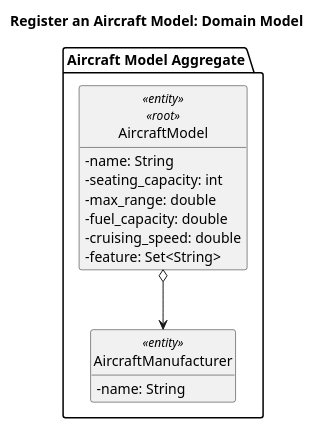
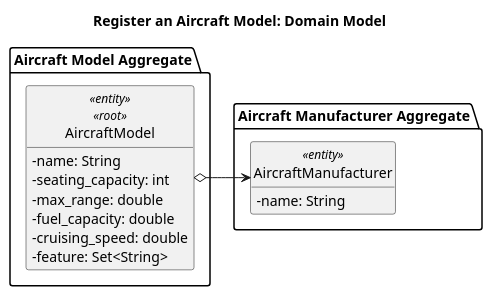
One commit to miguelsiilva1/PSOFT_1241008_1241131_1200858_1210977 changed the diagram in docs/system-documentation/WP#1A/US101/US101_DM/US101_DM.puml. Above: the diagram before and after it, drawn with PlantUML. The commit also changed 52 other files, not shown here.

```diff
--- a/docs/system-documentation/WP#1A/US101/US101_DM/US101_DM.puml
+++ b/docs/system-documentation/WP#1A/US101/US101_DM/US101_DM.puml
@@ -1,25 +1,26 @@
 @startuml
 'https://plantuml.com/class-diagram
 hide circle
 skinparam classAttributeIconSize 0
 hide methods
 
 title Register an Aircraft Model: Domain Model
 
 package "Aircraft Model Aggregate" {
     class AircraftModel <<entity>> <<root>> {
         - name: String
         - seating_capacity: int
         - max_range: double
         - fuel_capacity: double
         - cruising_speed: double
         - feature: Set<String>
     }
-    AircraftModel o--> AircraftManufacturer
-
+}
+package "Aircraft Manufacturer Aggregate" {
     class AircraftManufacturer <<entity>> {
             - name: String
     }
 }
+AircraftModel o-right-> AircraftManufacturer
 
 @enduml
```
